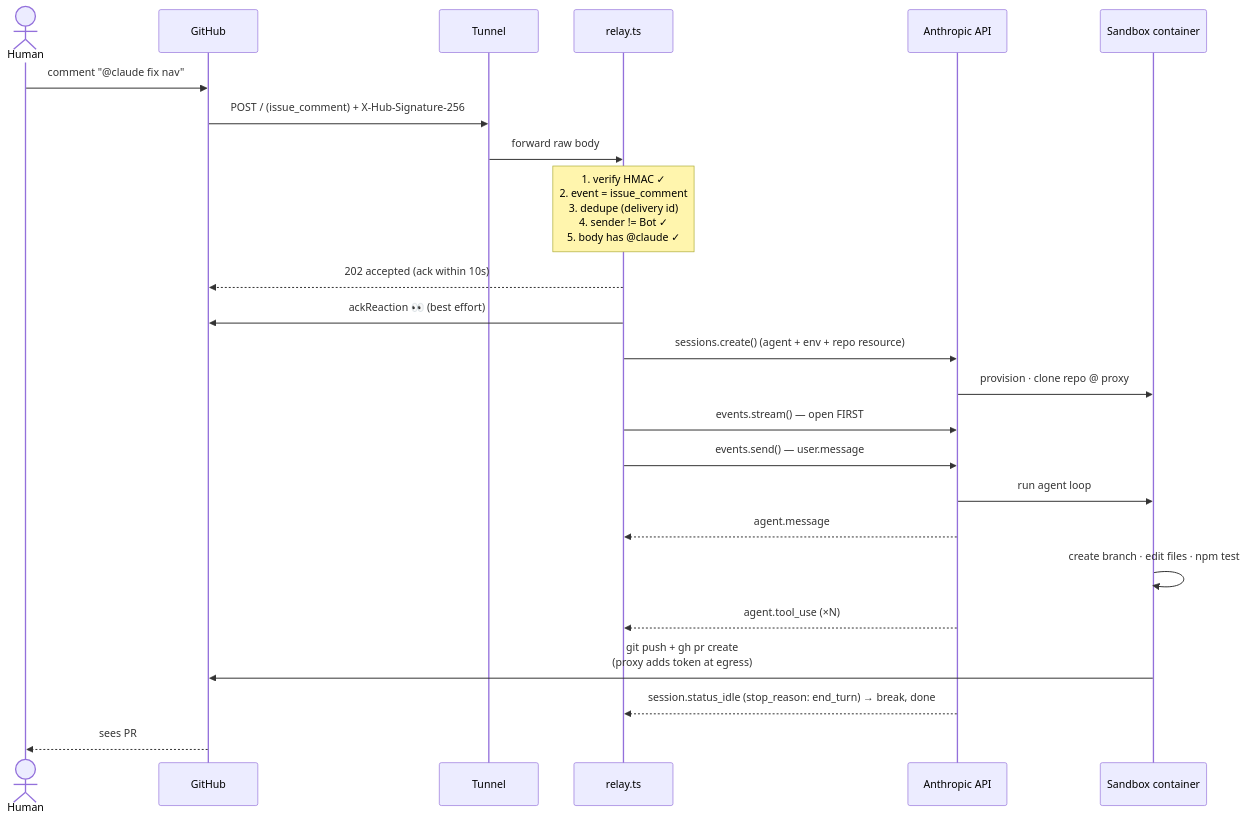
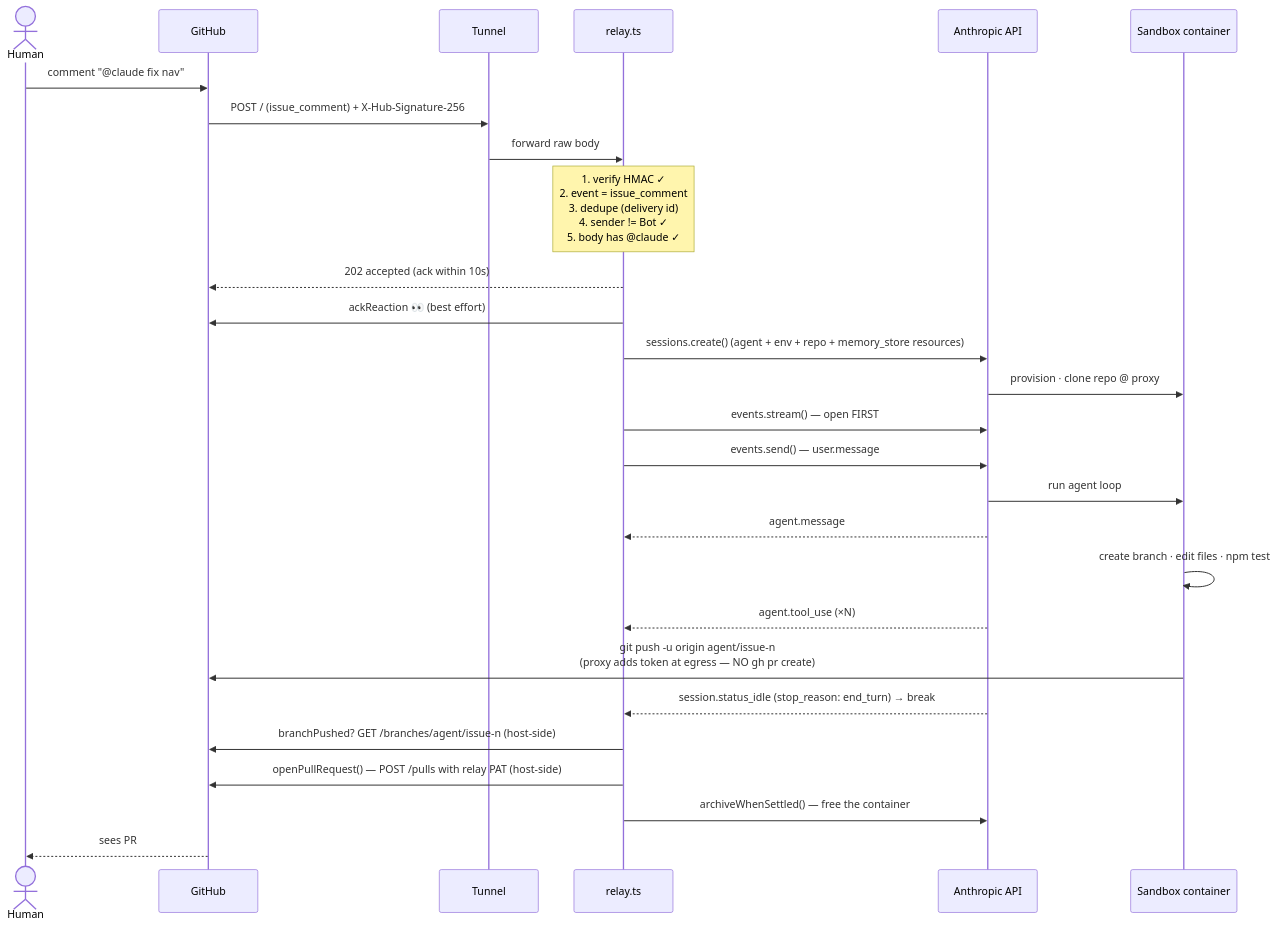
The first of 3 diagrams in agent-study/ARCHITECTURE.md (weikhang95/MyPhotographyProfile), drawn with Mermaid before and after one commit. The commit also changed other lines of this file and 7 other files, not shown here.

````diff
--- a/agent-study/ARCHITECTURE.md
+++ b/agent-study/ARCHITECTURE.md
@@ -65,27 +68,30 @@
 ```mermaid
 sequenceDiagram
     actor H as Human
     participant GH as GitHub
     participant T as Tunnel
     participant R as relay.ts
     participant A as Anthropic API
     participant S as Sandbox container
 
     H->>GH: comment "@claude fix nav"
     GH->>T: POST / (issue_comment) + X-Hub-Signature-256
     T->>R: forward raw body
     Note over R: 1. verify HMAC ✓<br/>2. event = issue_comment<br/>3. dedupe (delivery id)<br/>4. sender != Bot ✓<br/>5. body has @claude ✓
     R-->>GH: 202 accepted (ack within 10s)
     R->>GH: ackReaction 👀 (best effort)
-    R->>A: sessions.create() (agent + env + repo resource)
+    R->>A: sessions.create() (agent + env + repo + memory_store resources)
     A->>S: provision · clone repo @ proxy
     R->>A: events.stream() — open FIRST
     R->>A: events.send() — user.message
     A->>S: run agent loop
     A-->>R: agent.message
     S->>S: create branch · edit files · npm test
     A-->>R: agent.tool_use (×N)
-    S->>GH: git push + gh pr create<br/>(proxy adds token at egress)
-    A-->>R: session.status_idle (stop_reason: end_turn) → break, done
+    S->>GH: git push -u origin agent/issue-n<br/>(proxy adds token at egress — NO gh pr create)
+    A-->>R: session.status_idle (stop_reason: end_turn) → break
+    R->>GH: branchPushed? GET /branches/agent/issue-n (host-side)
+    R->>GH: openPullRequest() — POST /pulls with relay PAT (host-side)
+    R->>A: archiveWhenSettled() — free the container
     GH-->>H: sees PR
 ```
````
